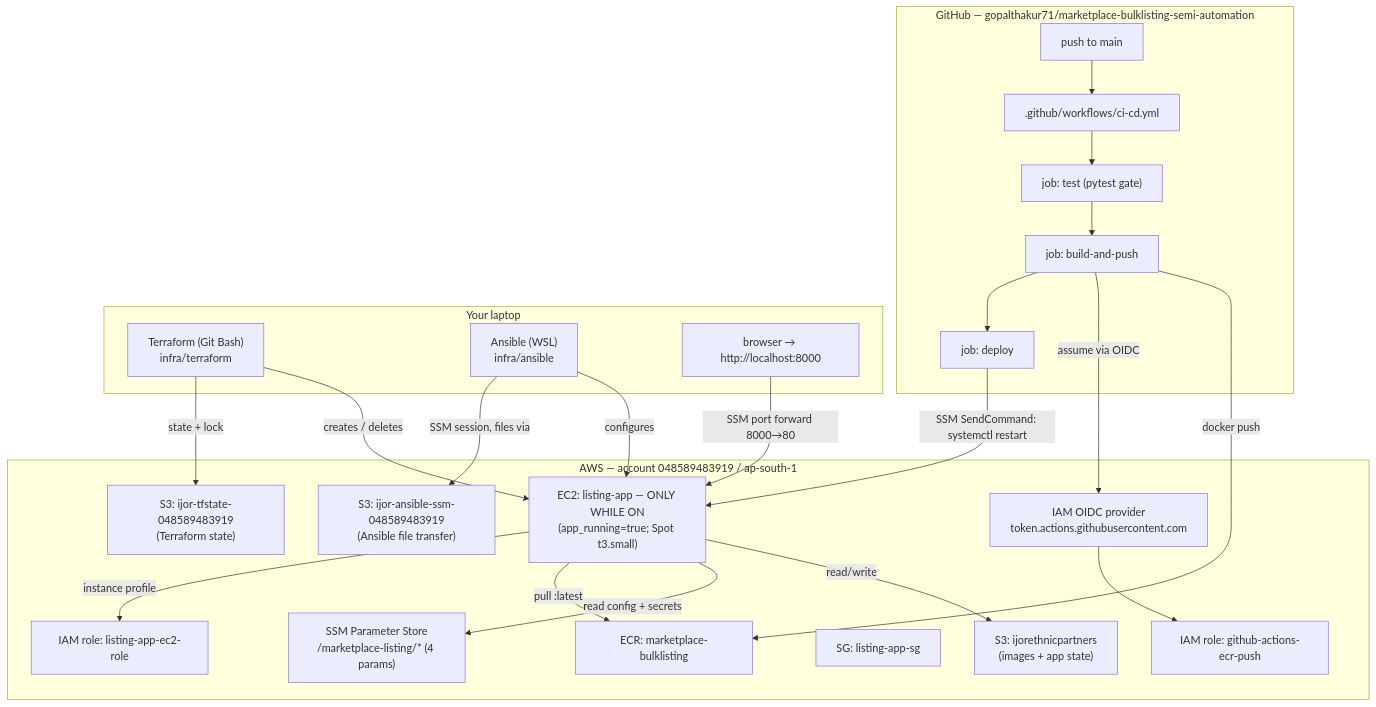
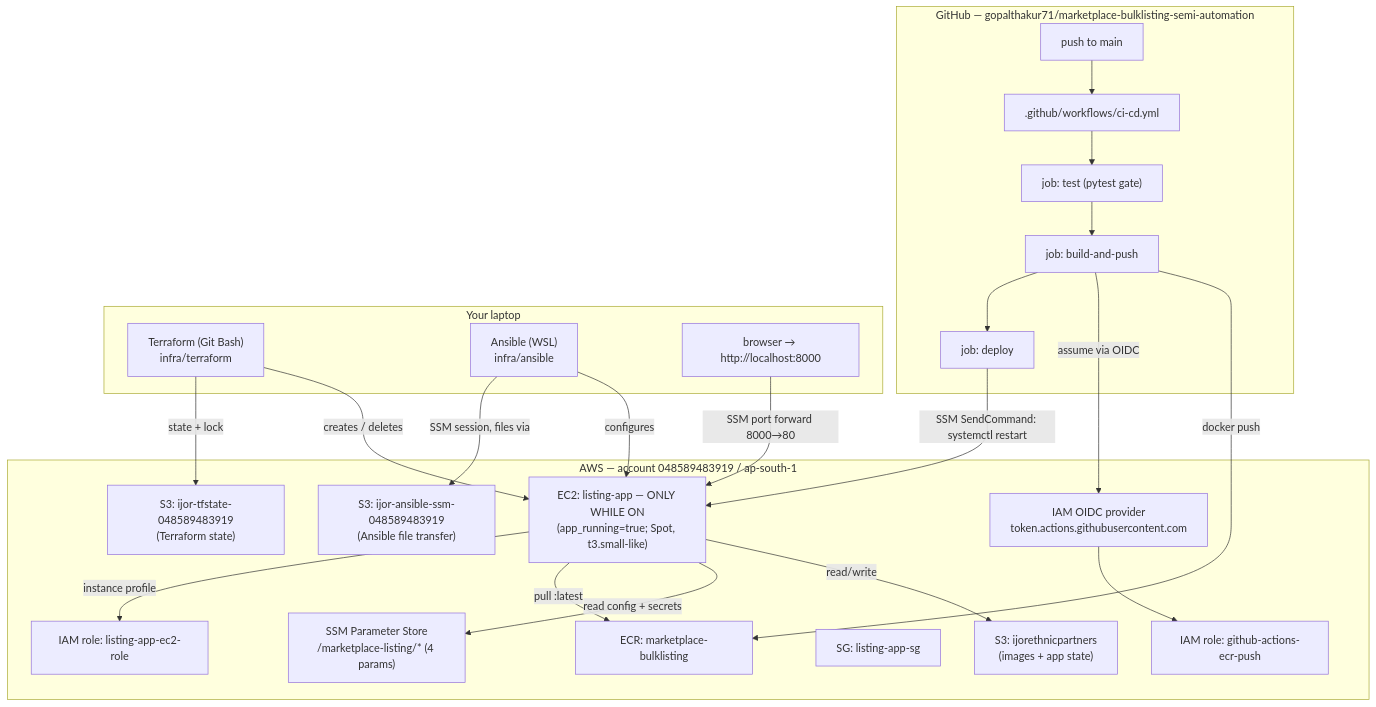
The diagram in docs/infra-resources.md (gopalthakur71/marketplace-bulklisting-semi-automation), drawn with Mermaid before and after one commit. The commit also changed other lines of this file and 9 other files, not shown here.

First line of the commit message:
feat(infra): Spot-only server of any t3.small-like type via an instant EC2 Fleet

````diff
--- a/docs/infra-resources.md
+++ b/docs/infra-resources.md
@@ -18,42 +18,42 @@
 ```mermaid
 flowchart TB
     subgraph GH["GitHub — gopalthakur71/marketplace-bulklisting-semi-automation"]
         push["push to main"] --> wf[".github/workflows/ci-cd.yml"]
         wf --> jTest["job: test (pytest gate)"]
         jTest --> jBuild["job: build-and-push"]
         jBuild --> jDeploy["job: deploy"]
     end
 
     subgraph LAPTOP["Your laptop"]
         tf["Terraform (Git Bash)\ninfra/terraform"]
         ans["Ansible (WSL)\ninfra/ansible"]
         browser["browser → http://localhost:8000"]
     end
 
     subgraph AWS["AWS — account 048589483919 / ap-south-1"]
         state["S3: ijor-tfstate-048589483919\n(Terraform state)"]
         oidc["IAM OIDC provider\ntoken.actions.githubusercontent.com"]
         roleGH["IAM role: github-actions-ecr-push"]
         ecr["ECR: marketplace-bulklisting"]
-        ec2["EC2: listing-app — ONLY WHILE ON\n(app_running=true; Spot t3.small)"]
+        ec2["EC2: listing-app — ONLY WHILE ON\n(app_running=true; Spot, t3.small-like)"]
         roleEC2["IAM role: listing-app-ec2-role"]
         sg["SG: listing-app-sg"]
         ssm["SSM Parameter Store\n/marketplace-listing/* (4 params)"]
         s3["S3: ijorethnicpartners\n(images + app state)"]
         xfer["S3: ijor-ansible-ssm-048589483919\n(Ansible file transfer)"]
     end
 
     tf -->|state + lock| state
     tf -->|creates / deletes| ec2
     ans -->|SSM session, files via| xfer
     ans -->|configures| ec2
     browser -->|SSM port forward 8000→80| ec2
 
     jBuild -->|assume via OIDC| oidc --> roleGH
     jBuild -->|docker push| ecr
     jDeploy -->|SSM SendCommand: systemctl restart| ec2
     ec2 -->|instance profile| roleEC2
     ec2 -->|pull :latest| ecr
     ec2 -->|read config + secrets| ssm
     ec2 -->|read/write| s3
 ```
````
